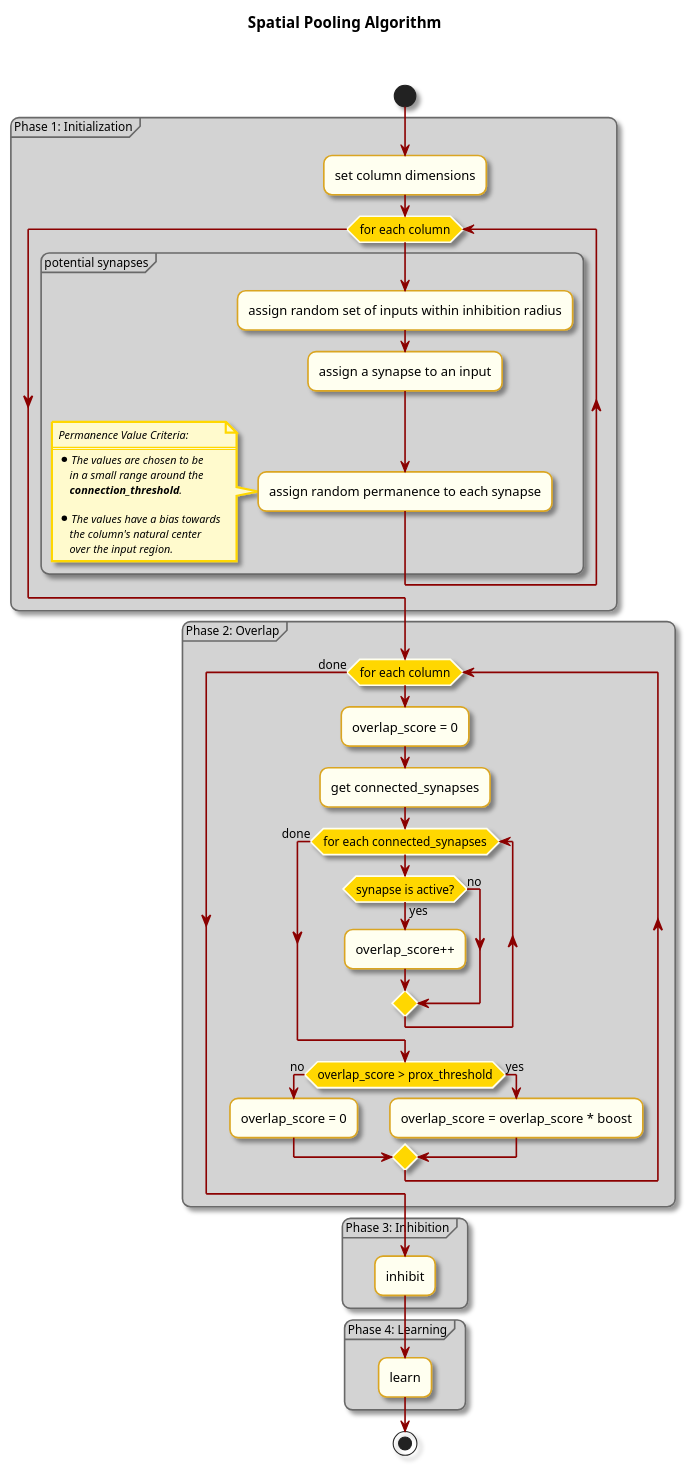
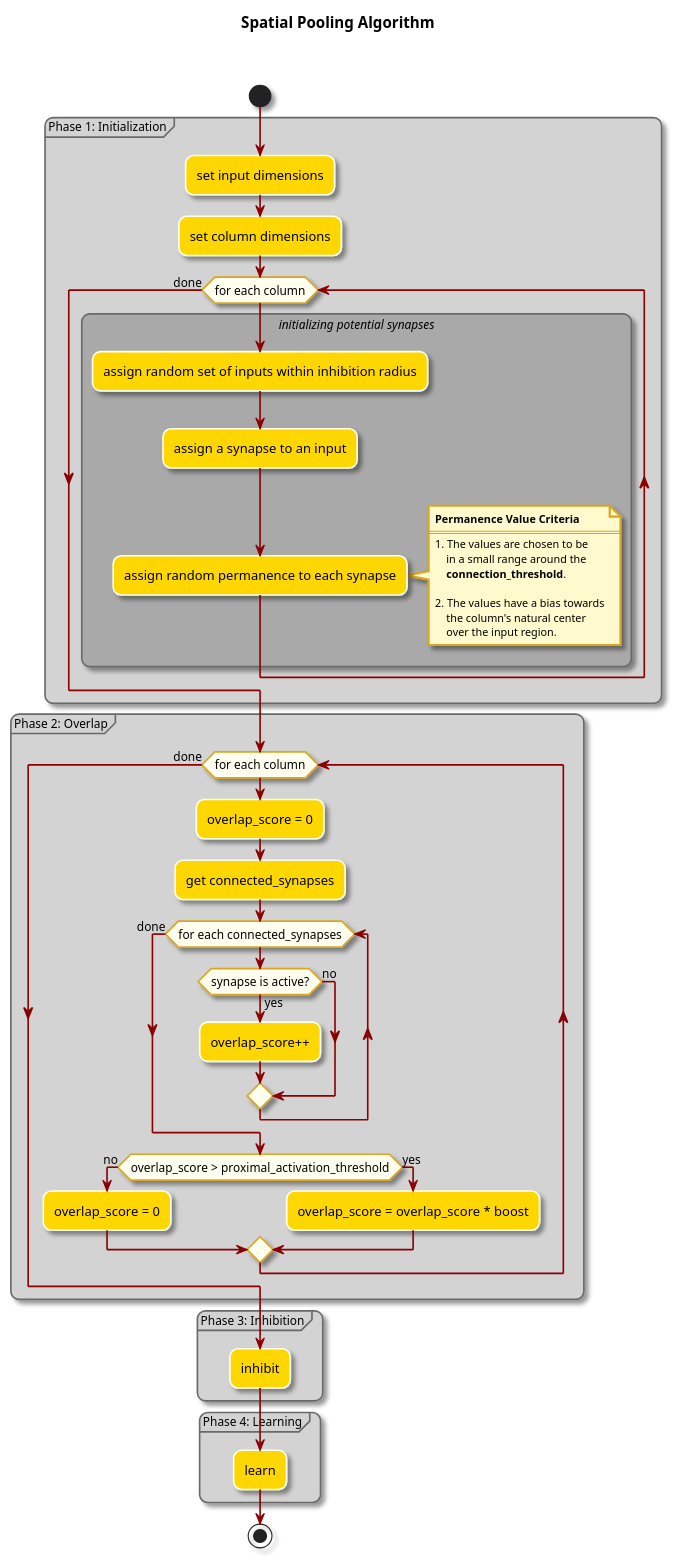
The diagram in _assets/activity_spatial_pooler.puml (mrkrynmdsco/htm-python), drawn with PlantUML before and after one commit. The commit also changed 1 other file, not shown here.

```diff
--- a/_assets/activity_spatial_pooler.puml
+++ b/_assets/activity_spatial_pooler.puml
@@ -1,84 +1,85 @@
 @startuml spatial_pooler
 skinparam {
     shadowing true
     titleFontStyle bold
     roundCorner 15
     partitionFontSize 11
     partitionFontColor Black
     partitionFontStyle plain
     partitionBorderColor DimGray
     partitionBackgroundColor LightGray
     partitionBorderThickness 1
     noteFontSize 10
-    noteFontStyle italic
-    noteBorderColor Gold
+    noteBorderColor GoldenRod
     noteBorderThickness 2
     noteBackgroundColor LemonChiffon
 }
 skinparam activity {
     arrowColor DarkRed
-    borderColor GoldenRod
+    borderColor Ivory
     borderThickness 1.5
-    backgroundColor Ivory
+    backgroundColor Gold
 
-    diamondBorderColor Ivory
-    diamondBackgroundColor Gold
+    diamondBorderColor GoldenRod
+    diamondBackgroundColor Ivory
 }
 
 title Spatial Pooling Algorithm\n\n
 
 start
 
 partition "Phase 1: Initialization" {
+    :set input dimensions;
     :set column dimensions;
     while (for each column)
-        partition "potential synapses" {
+        rectangle "//initializing potential synapses//" #DarkGray {
             :assign random set of inputs within inhibition radius;
             :assign a synapse to an input;
             :assign random permanence to each synapse;
-            note left
-                Permanence Value Criteria:
-                ====
-                * The values are chosen to be
-                    in a small range around the
-                    **connection_threshold**.
+            note right
+            **Permanence Value Criteria**
+            ====
+            1. The values are chosen to be
+                in a small range around the
+                **connection_threshold**.
 
-                * The values have a bias towards
-                    the column's natural center
-                    over the input region.
+            2. The values have a bias towards
+                the column's natural center
+                over the input region.
             end note
         }
-    endwhile
+    endwhile (done)
 }
 
 partition "Phase 2: Overlap" {
     while (for each column)
+
         :overlap_score = 0;
         :get connected_synapses;
 
         while (for each connected_synapses)
             if (synapse is active?) then (yes)
                 :overlap_score++;
             else (no)
             endif
         endwhile (done)
 
-        if (overlap_score > prox_threshold) then (no)
+        if (overlap_score > proximal_activation_threshold) then (no)
             :overlap_score = 0;
         else (yes)
             :overlap_score = overlap_score * boost;
         endif
 
     endwhile (done)
 }
 
 partition "Phase 3: Inhibition" {
     :inhibit;
 }
 
 partition "Phase 4: Learning" {
     :learn;
 }
 
 stop
 @enduml
```
